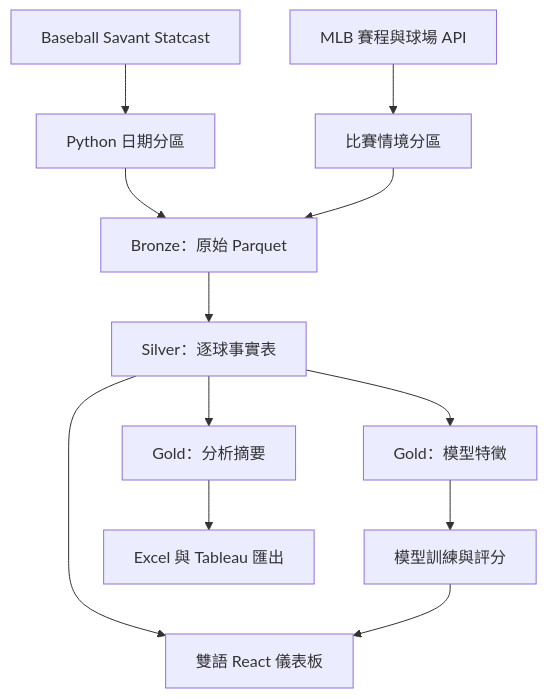
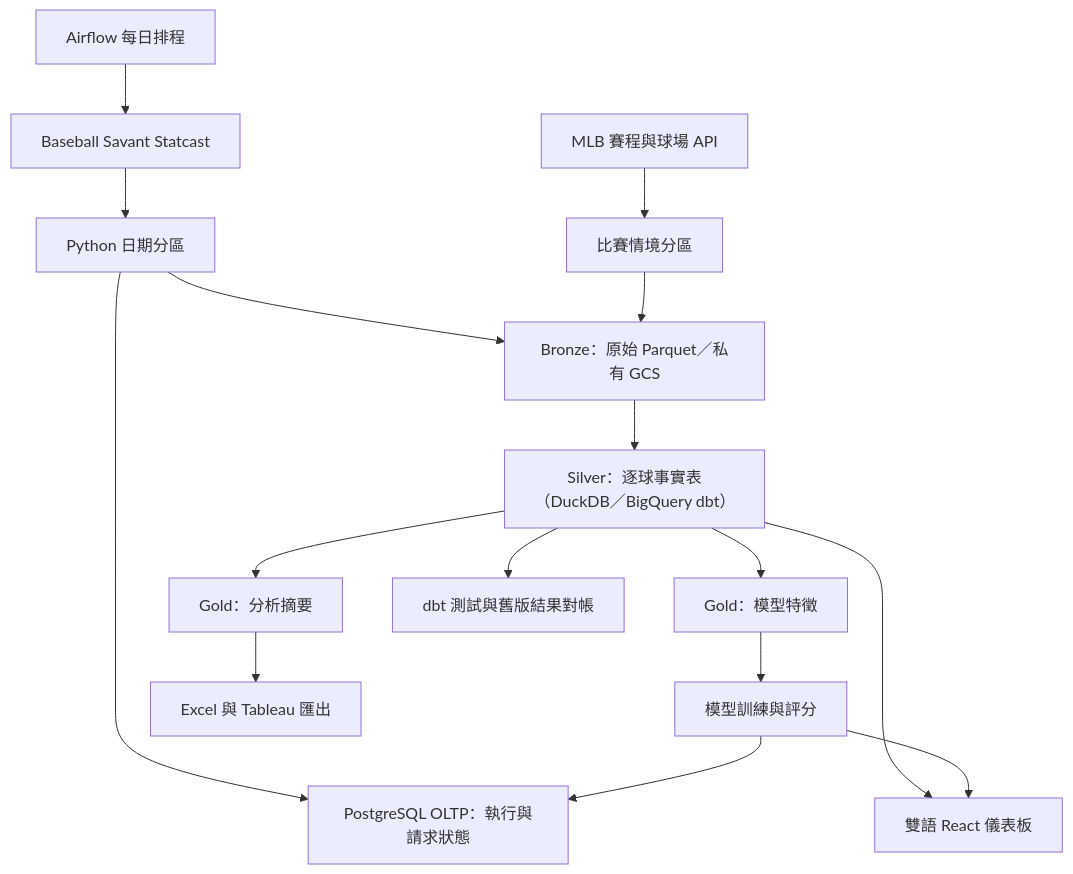
Before and after one commit to Chuanris/mlb-pitch-analytics: the second of 2 diagrams in README.md, drawn with Mermaid. The commit also changed other lines of this file and 9 other files, not shown here.

````diff
--- a/README.md
+++ b/README.md
@@ -264,14 +297,18 @@
 ```mermaid
 flowchart TD
+    R["Airflow 每日排程"] --> A
     A["Baseball Savant Statcast"] --> B["Python 日期分區"]
     W["MLB 賽程與球場 API"] --> X["比賽情境分區"]
-    B --> C["Bronze：原始 Parquet"]
+    B --> O["PostgreSQL OLTP：執行與請求狀態"]
+    B --> C["Bronze：原始 Parquet／私有 GCS"]
     X --> C
-    C --> D["Silver：逐球事實表"]
+    C --> D["Silver：逐球事實表（DuckDB／BigQuery dbt）"]
     D --> E["Gold：分析摘要"]
     D --> M["Gold：模型特徵"]
     M --> N["模型訓練與評分"]
     E --> F["Excel 與 Tableau 匯出"]
     D --> H["雙語 React 儀表板"]
     N --> H
+    N --> O
+    D --> Q["dbt 測試與舊版結果對帳"]
 ```
````
